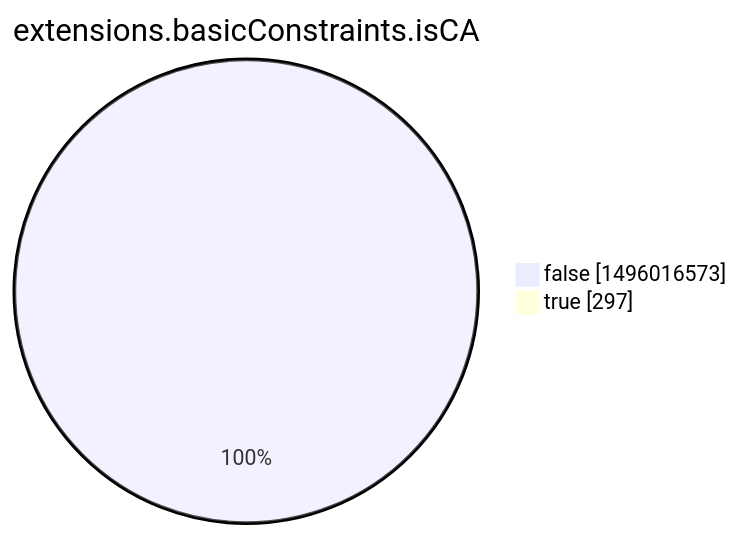
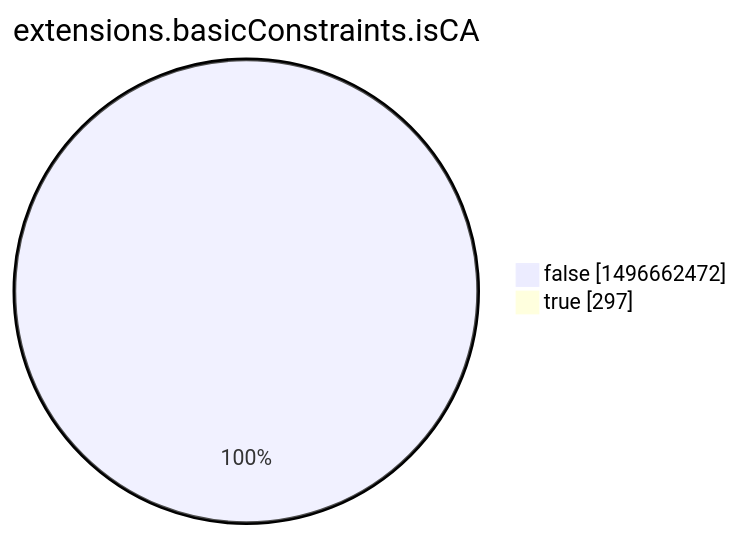
One commit to christiankrug/ctmonitor_visualization changed the eighth of 15 diagrams in argon2022/README.md. Above: the diagram before and after it, drawn with Mermaid. The commit also changed other lines of this file, not shown here.

````diff
--- a/argon2022/README.md
+++ b/argon2022/README.md
@@ -2760,6 +2760,6 @@
 ```mermaid
 pie showData
 title extensions.basicConstraints.isCA
-"false" :1496016573
+"false" :1496662472
 "true" :297
 ```
````
